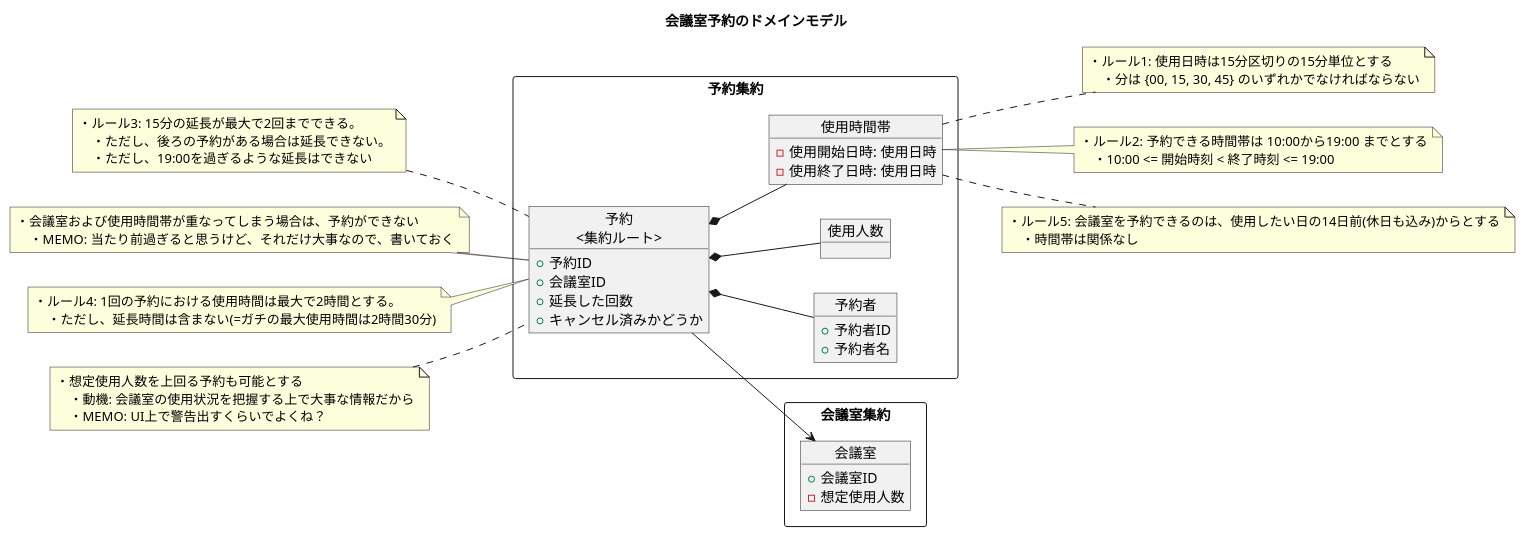
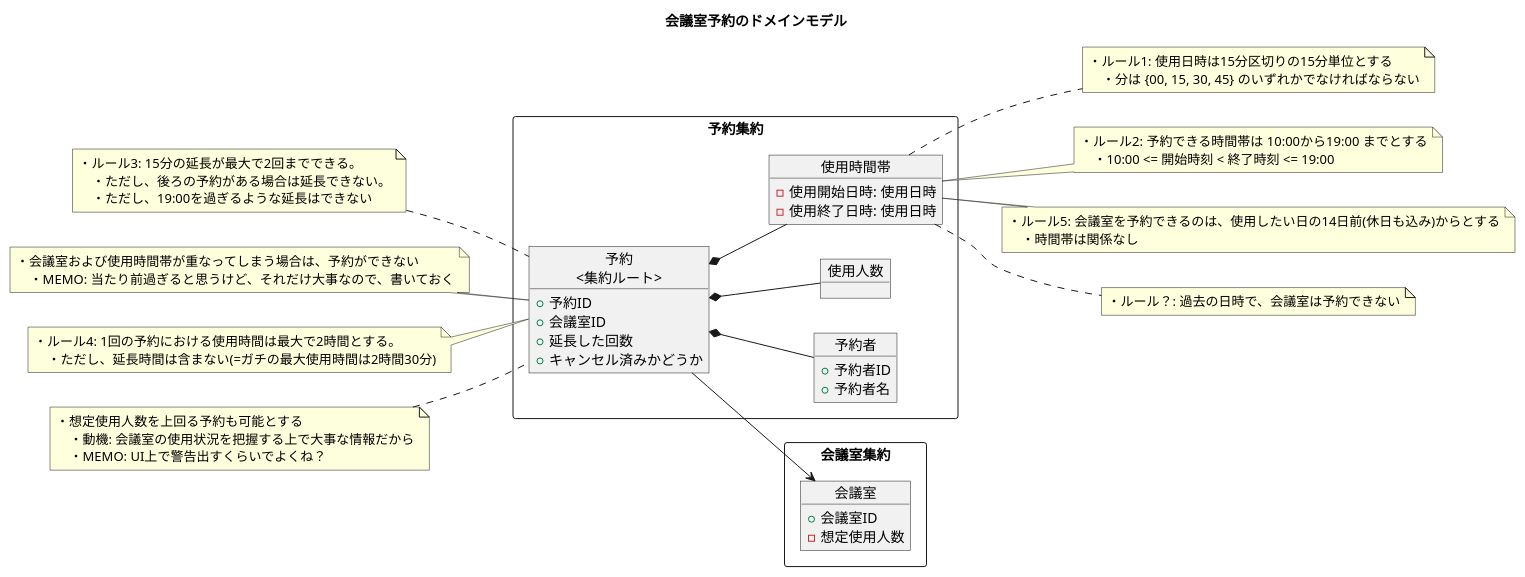
One commit to ModelingKai/meeting-room-python changed the diagram in diagram/ドメインモデル.puml. Above: the diagram before and after it, drawn with PlantUML.

Commit message:
ドメインモデルを更新した。なぜなら、過去の日時で予約できないというルールを発見したから
- 過去の日時を予約を禁止することにより、いまグリーンになっているテストが、時間が経つことによって失敗することがわかる
  - freezegunというパッケージを使用すれば、解決ができそう

```diff
--- a/diagram/ドメインモデル.puml
+++ b/diagram/ドメインモデル.puml
@@ -1,88 +1,92 @@
 @startuml
 
 title 会議室予約のドメインモデル
 
 left to right direction
 
 
 rectangle 予約集約 {
     object "予約\n<集約ルート>" as c1 {
         + 予約ID
         + 会議室ID
         + 延長した回数
         + キャンセル済みかどうか
     }
 
     object 予約者 {
         + 予約者ID
         + 予約者名
     }
 
     object 使用人数 {
     }
 
     object 使用時間帯 {
         - 使用開始日時: 使用日時
         - 使用終了日時: 使用日時
     }
 }
 
 
 rectangle 会議室集約 {
     object 会議室 {
         + 会議室ID
         - 想定使用人数
     }
 }
 
 
 c1 --> 会議室
 c1 *-- 予約者
 c1 *-- 使用人数
 c1 *-- 使用時間帯
 
 ' ===== 予約 =====
 note left of c1
 ・ルール3: 15分の延長が最大で2回までできる。
     ・ただし、後ろの予約がある場合は延長できない。
     ・ただし、19:00を過ぎるような延長はできない
 end note
 
 note left of c1
 ・会議室および使用時間帯が重なってしまう場合は、予約ができない
     ・MEMO: 当たり前過ぎると思うけど、それだけ大事なので、書いておく
 end note
 
 note left of c1
 ・ルール4: 1回の予約における使用時間は最大で2時間とする。
     ・ただし、延長時間は含まない(=ガチの最大使用時間は2時間30分)
 end note
 
 note left of c1
 ・想定使用人数を上回る予約も可能とする
     ・動機: 会議室の使用状況を把握する上で大事な情報だから
     ・MEMO: UI上で警告出すくらいでよくね？
 end note
 
 ' ===== 使用時間帯 =====
 note right of 使用時間帯
 ・ルール1: 使用日時は15分区切りの15分単位とする
     ・分は {00, 15, 30, 45} のいずれかでなければならない
 end note
 
 note right of 使用時間帯
 ・ルール2: 予約できる時間帯は 10:00から19:00 までとする
     ・10:00 <= 開始時刻 < 終了時刻 <= 19:00
 end note
 
 
 note right of 使用時間帯
 ・ルール5: 会議室を予約できるのは、使用したい日の14日前(休日も込み)からとする
     ・時間帯は関係なし
 end note
 
+note right of 使用時間帯
+・ルール？: 過去の日時で、会議室は予約できない
+end note
+
 
 
 
 
 @enduml
```
